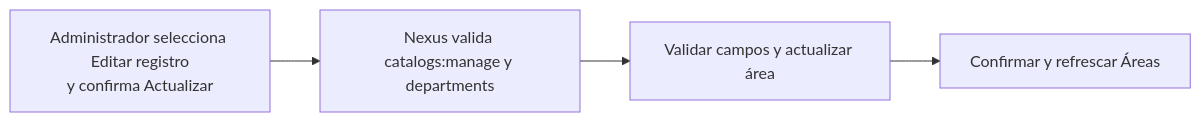
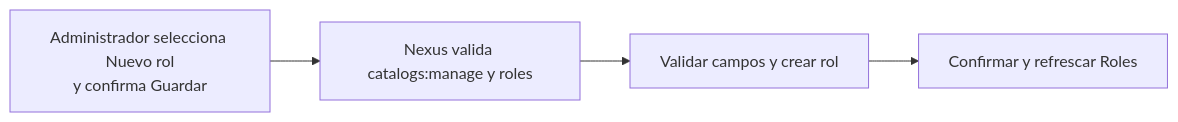
The diagram in docs/requirements/diagrams/catalogs/cu-cat-29.md (gpgsistemas01/nexus), drawn with Mermaid before and after one commit. The commit also changed other lines of this file and 207 other files, not shown here.

````diff
--- a/docs/requirements/diagrams/catalogs/cu-cat-29.md
+++ b/docs/requirements/diagrams/catalogs/cu-cat-29.md
@@ -3,6 +3,6 @@
 ```mermaid
 flowchart LR
-    request["Administrador selecciona Editar registro<br/>y confirma Actualizar"] --> authorize["Nexus valida catalogs:manage y departments"]
-    authorize --> persist["Validar campos y actualizar área"]
-    persist --> result["Confirmar y refrescar Áreas"]
+    request["Administrador selecciona Nuevo rol<br/>y confirma Guardar"] --> authorize["Nexus valida catalogs:manage y roles"]
+    authorize --> persist["Validar campos y crear rol"]
+    persist --> result["Confirmar y refrescar Roles"]
 ```
````
